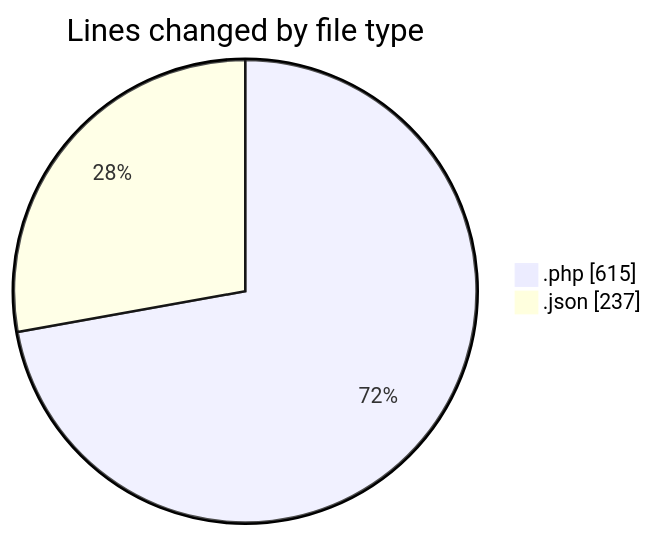
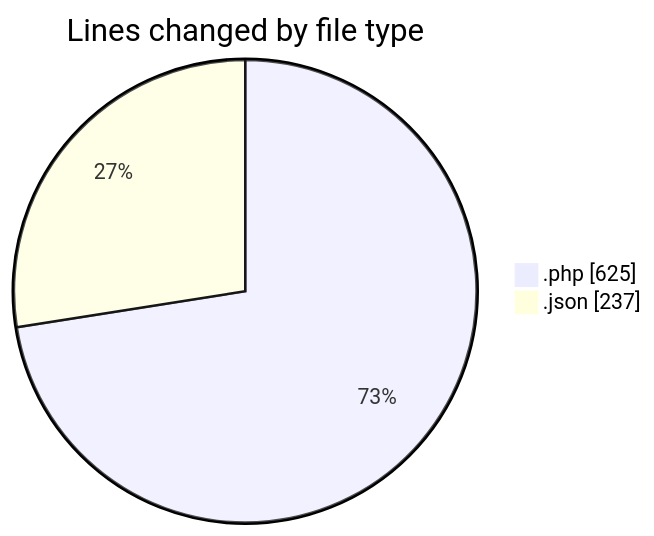
The first of 2 diagrams in 2025-06-16/studio-backend/README.md (idhammustaqopulfikri/code-tracking), drawn with Mermaid before and after one commit. The commit also changed other lines of this file and 1 other file, not shown here.

````diff
--- a/2025-06-16/studio-backend/README.md
+++ b/2025-06-16/studio-backend/README.md
@@ -23,6 +23,6 @@
 ```mermaid
 pie showData
 title Lines changed by file type
-".php" : 615
+".php" : 625
 ".json" : 237
 ```
````
